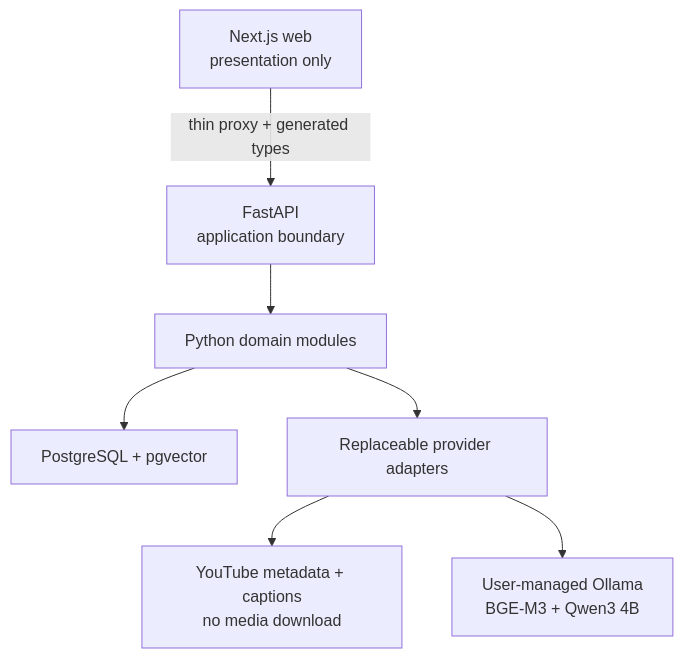
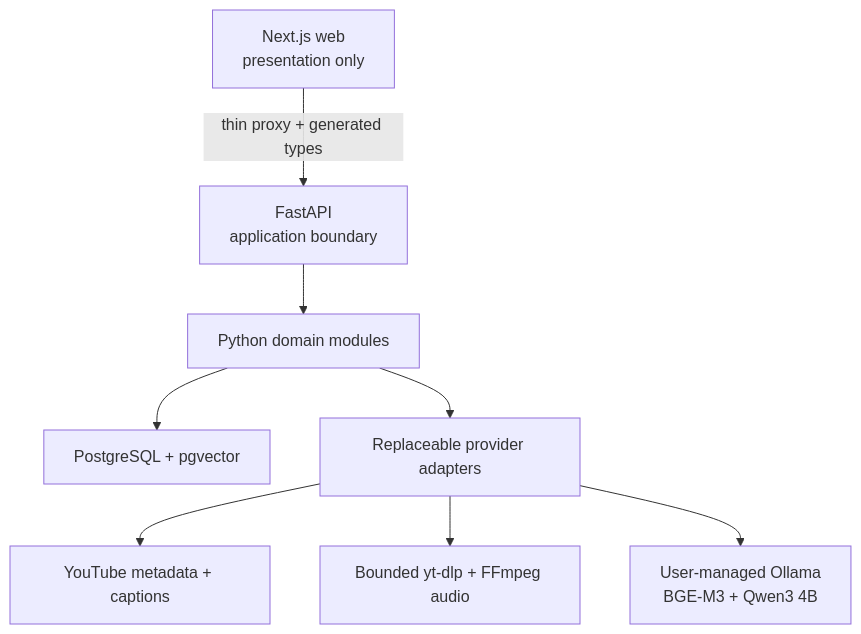
Before and after one commit to VedantPatil-99/the-galaxy-frog: the diagram in docs/architecture.md, drawn with Mermaid. The commit also changed other lines of this file and 2 other files, not shown here.

Commit message:
docs: record bounded audio architecture

````diff
--- a/docs/architecture.md
+++ b/docs/architecture.md
@@ -7,9 +7,10 @@
 ```mermaid
 flowchart TD
     UI["Next.js web<br>presentation only"] -->|"thin proxy + generated types"| API["FastAPI<br>application boundary"]
     API --> CORE["Python domain modules"]
     CORE --> DATA["PostgreSQL + pgvector"]
     CORE --> PROVIDERS["Replaceable provider adapters"]
-    PROVIDERS --> YOUTUBE["YouTube metadata + captions<br>no media download"]
+    PROVIDERS --> YOUTUBE["YouTube metadata + captions"]
+    PROVIDERS --> MEDIA["Bounded yt-dlp + FFmpeg audio"]
     PROVIDERS --> OLLAMA["User-managed Ollama<br>BGE-M3 + Qwen3 4B"]
 ```
````
